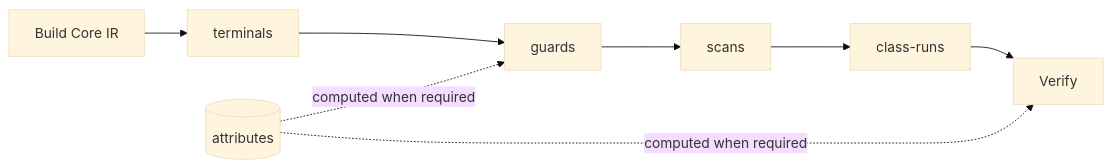
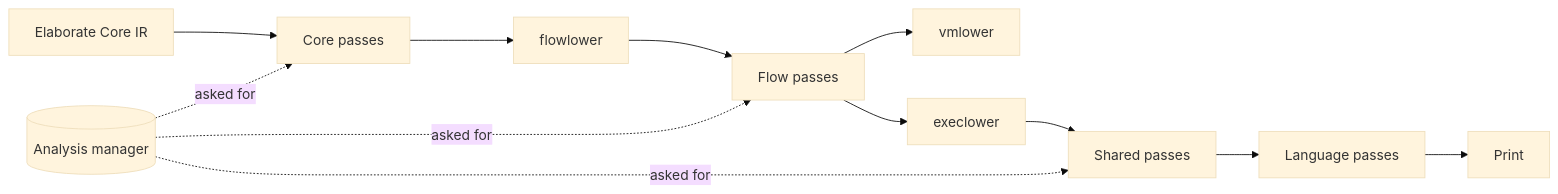
The first of 2 diagrams in docs/design/optimization-pipeline.md (zeroparse/zp), drawn with Mermaid (base theme) before and after one commit. The commit also changed other lines of this file and 5 other files, not shown here.

First line of the commit message:
Align the design pages with the target architecture

````diff
--- a/docs/design/optimization-pipeline.md
+++ b/docs/design/optimization-pipeline.md
@@ -41,10 +77,14 @@
 ```mermaid
 flowchart LR
-  B[Build Core IR] --> T[terminals]
-  T --> G[guards]
-  G --> S[scans]
-  S --> C[class-runs]
-  C --> V[Verify]
-  A[(attributes)] -.computed when required.-> G
-  A -.computed when required.-> V
+  E[Elaborate Core IR] --> CP[Core passes]
+  CP --> FL[flowlower]
+  FL --> FP[Flow passes]
+  FP --> VL[vmlower]
+  FP --> EL[execlower]
+  EL --> XP[Shared passes]
+  XP --> LP[Language passes]
+  LP --> PR[Print]
+  AM[(Analysis manager)] -.asked for.-> CP
+  AM -.asked for.-> FP
+  AM -.asked for.-> XP
 ```
````
